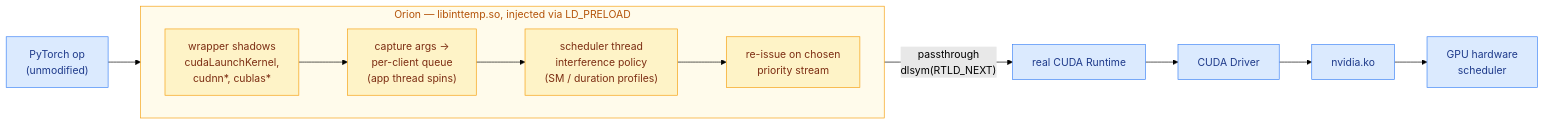
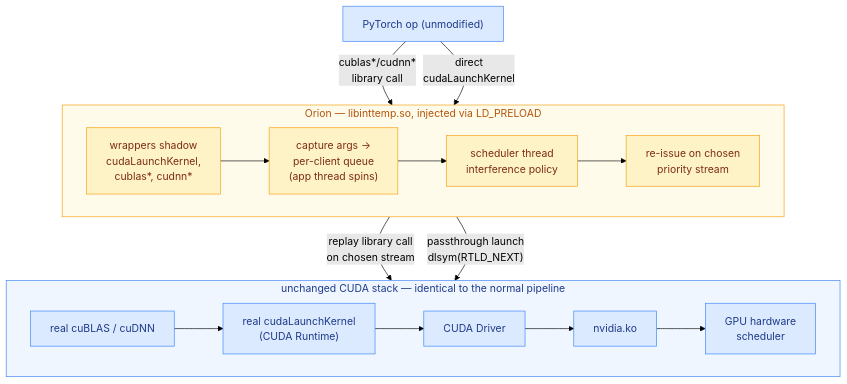
The second of 2 diagrams in README.md (852866031/cuda-schedule-project), drawn with Mermaid (forest theme) before and after one commit. The commit also changed other lines of this file, not shown here.

Commit message:
README: branch cuBLAS vs direct-launch paths, banded Orion diagram

````diff
--- a/README.md
+++ b/README.md
@@ -46,14 +52,21 @@
 ```mermaid
-flowchart LR
-  A["PyTorch op<br/>(unmodified)"]:::base --> W
+flowchart TB
+  A["PyTorch op (unmodified)"]:::base
   subgraph ORION["Orion — libinttemp.so, injected via LD_PRELOAD"]
     direction LR
-    W["wrapper shadows<br/>cudaLaunchKernel,<br/>cudnn*, cublas*"]:::orion --> Q["capture args →<br/>per-client queue<br/>(app thread spins)"]:::orion
-    Q --> S["scheduler thread<br/>interference policy<br/>(SM / duration profiles)"]:::orion --> R["re-issue on chosen<br/>priority stream"]:::orion
+    W["wrappers shadow<br/>cudaLaunchKernel,<br/>cublas*, cudnn*"]:::orion --> Q["capture args →<br/>per-client queue<br/>(app thread spins)"]:::orion
+    Q --> S["scheduler thread<br/>interference policy"]:::orion --> R["re-issue on chosen<br/>priority stream"]:::orion
   end
-  R -->|"passthrough<br/>dlsym(RTLD_NEXT)"| RT["real CUDA Runtime"]:::base
-  RT --> D2["CUDA Driver"]:::base --> K["nvidia.ko"]:::base --> G["GPU hardware<br/>scheduler"]:::base
+  subgraph STACK["unchanged CUDA stack — identical to the normal pipeline"]
+    direction LR
+    B["real cuBLAS / cuDNN"]:::base --> C["real cudaLaunchKernel<br/>(CUDA Runtime)"]:::base --> D["CUDA Driver"]:::base --> E["nvidia.ko"]:::base --> F["GPU hardware<br/>scheduler"]:::base
+  end
+  A -->|"cublas*/cudnn*<br/>library call"| ORION
+  A -->|"direct<br/>cudaLaunchKernel"| ORION
+  ORION -->|"replay library call<br/>on chosen stream"| STACK
+  ORION -->|"passthrough launch<br/>dlsym(RTLD_NEXT)"| STACK
   classDef base fill:#dbeafe,stroke:#3b82f6,color:#1e3a8a;
   classDef orion fill:#fef3c7,stroke:#f59e0b,color:#7c2d12;
   style ORION fill:#fffbeb,stroke:#f59e0b,color:#b45309;
+  style STACK fill:#eff6ff,stroke:#3b82f6,color:#1e3a8a;
 ```
````
